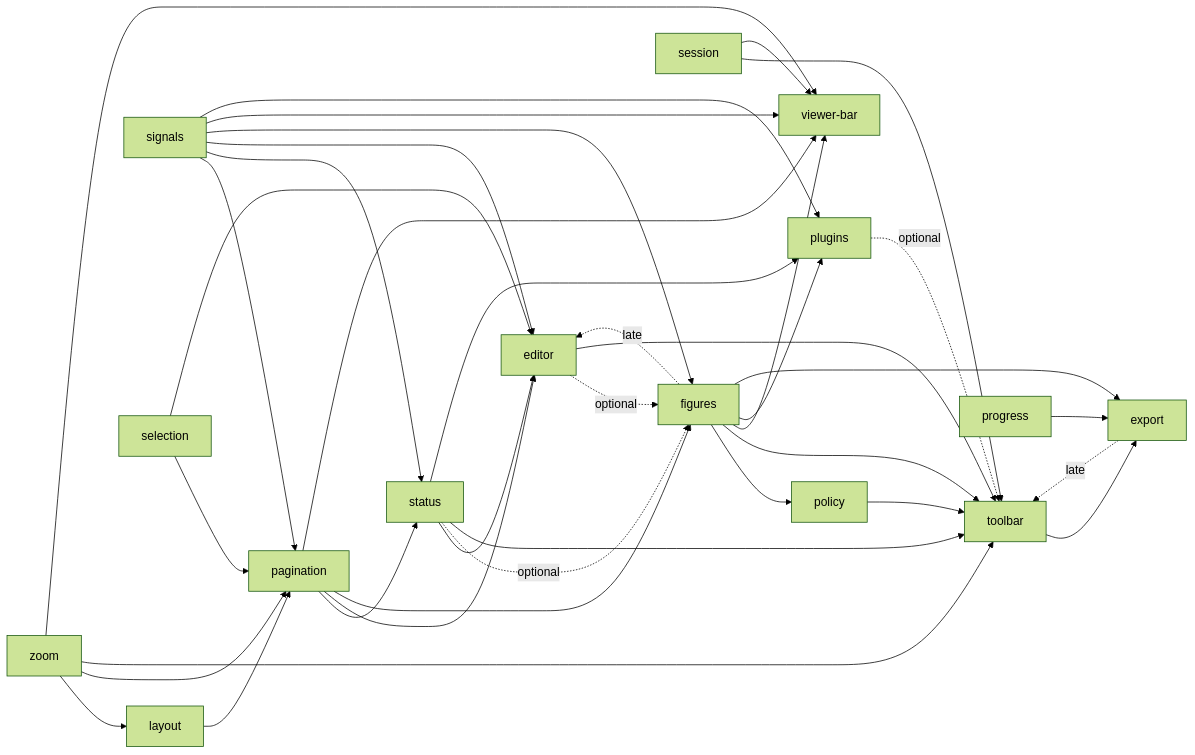
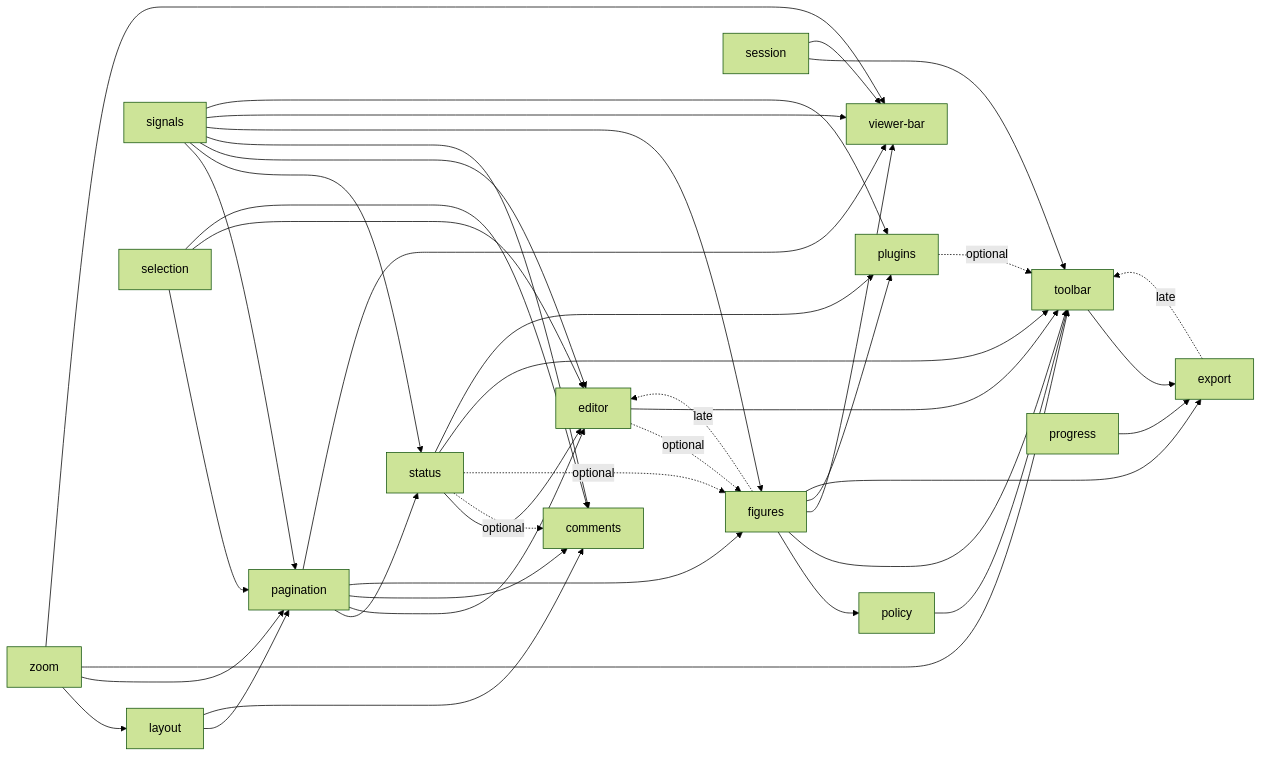
The diagram in DEPS.md (nakrasian/standalone-doc), drawn with Mermaid (forest theme) before and after one commit. The commit also changed other lines of this file and 26 other files, not shown here.

````diff
--- a/DEPS.md
+++ b/DEPS.md
@@ -30,39 +31,44 @@
 ```mermaid
 graph LR
   zoom --> layout
   signals --> pagination
   zoom --> pagination
   layout --> pagination
   selection --> pagination
   signals --> status
   pagination --> status
   signals --> editor
   status --> editor
   pagination --> editor
   selection --> editor
   figures -.->|late| editor
+  signals --> comments
+  pagination --> comments
+  layout --> comments
+  selection --> comments
+  status -.->|optional| comments
   signals --> figures
   pagination --> figures
   status -.->|optional| figures
   editor -.->|optional| figures
   figures --> policy
   zoom --> toolbar
   editor --> toolbar
   figures --> toolbar
   status --> toolbar
   policy --> toolbar
   session --> toolbar
   export -.->|late| toolbar
   plugins -.->|optional| toolbar
   pagination --> viewer-bar
   zoom --> viewer-bar
   figures --> viewer-bar
   signals --> viewer-bar
   session --> viewer-bar
   signals --> plugins
   figures --> plugins
   status --> plugins
   figures --> export
   toolbar --> export
   progress --> export
 ```
````
